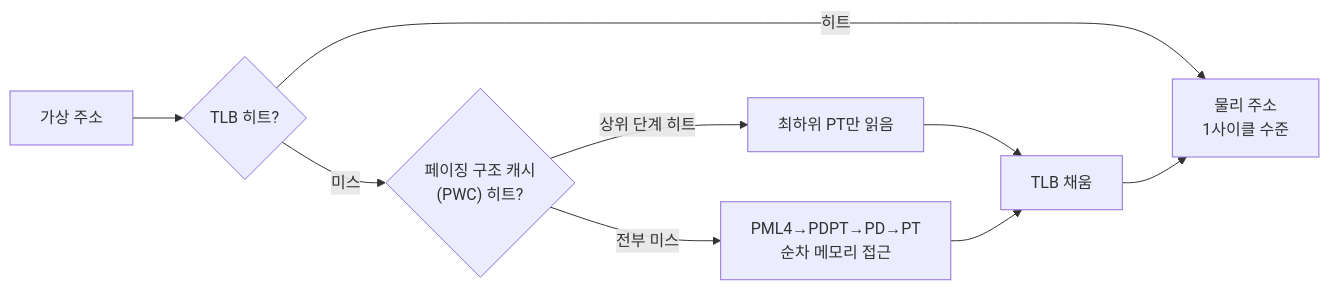
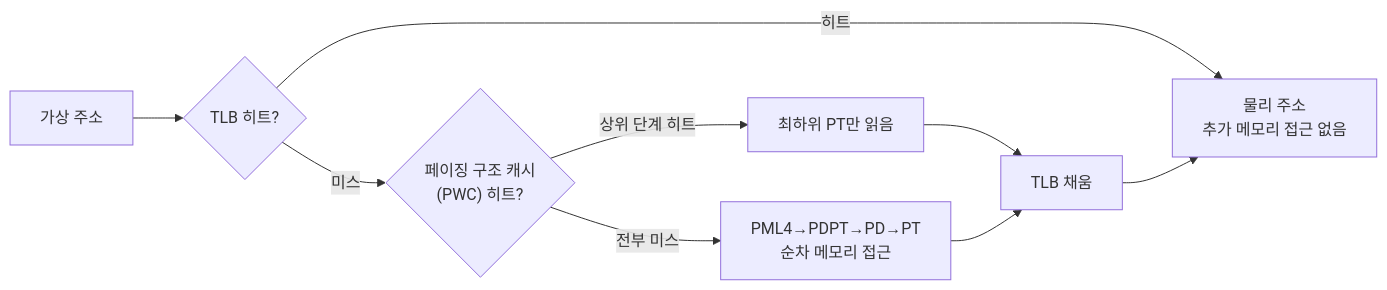
Before and after one commit to 42jerrykim/42jerrykim.github.io: the diagram in content/collection/optimization-05-cpu-microarchitecture/07-tlb-optimization/index.md, drawn with Mermaid. The commit also changed other lines of this file and 1 other file, not shown here.

First line of the commit message:
feat: optimization-05-cpu-microarchitecture/07-tlb-optimization post-quality-loop 채점 완료 (94.6점, 통과)

````diff
--- a/content/collection/optimization-05-cpu-microarchitecture/07-tlb-optimization/index.md
+++ b/content/collection/optimization-05-cpu-microarchitecture/07-tlb-optimization/index.md
@@ -78,11 +75,11 @@
 ```mermaid
 flowchart LR
   va["가상 주소"] --> tlbLookup{"TLB 히트?"}
-  tlbLookup -->|"히트"| physAddr["물리 주소</br>1사이클 수준"]
+  tlbLookup -->|"히트"| physAddr["물리 주소</br>추가 메모리 접근 없음"]
   tlbLookup -->|"미스"| pwcCheck{"페이징 구조 캐시</br>(PWC) 히트?"}
   pwcCheck -->|"상위 단계 히트"| ptRead["최하위 PT만 읽음"]
   pwcCheck -->|"전부 미스"| fullWalk["PML4→PDPT→PD→PT</br>순차 메모리 접근"]
   ptRead --> tlbFill["TLB 채움"]
   fullWalk --> tlbFill
   tlbFill --> physAddr
 ```
````
